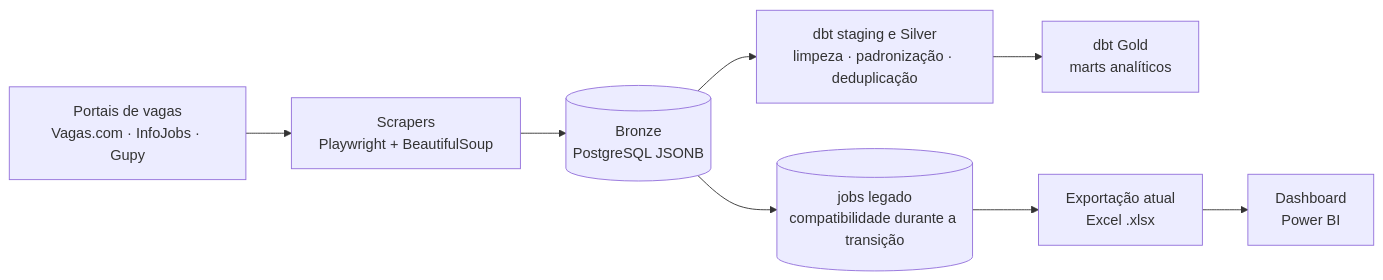
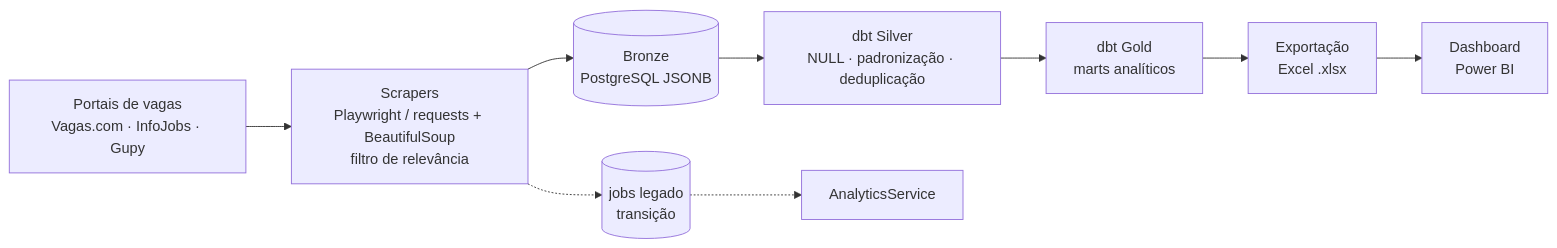
The first of 2 diagrams in README.md (Willian-Cruz/hub_vagas), drawn with Mermaid before and after one commit. The commit also changed other lines of this file, not shown here.

````diff
--- a/README.md
+++ b/README.md
@@ -18,10 +19,11 @@
 ```mermaid
 flowchart LR
-    A[Portais de vagas<br/>Vagas.com · InfoJobs · Gupy] --> B[Scrapers<br/>Playwright + BeautifulSoup]
+    A[Portais de vagas<br/>Vagas.com · InfoJobs · Gupy] --> B[Scrapers<br/>Playwright / requests + BeautifulSoup<br/>filtro de relevância]
     B --> C[(Bronze<br/>PostgreSQL JSONB)]
-    C --> D[dbt staging e Silver<br/>limpeza · padronização · deduplicação]
+    C --> D[dbt Silver<br/>NULL · padronização · deduplicação]
     D --> E[dbt Gold<br/>marts analíticos]
-    C --> L[(jobs legado<br/>compatibilidade durante a transição)]
-    L --> F[Exportação atual<br/>Excel .xlsx]
+    E --> F[Exportação<br/>Excel .xlsx]
     F --> G[Dashboard<br/>Power BI]
+    B -.-> L[(jobs legado<br/>transição)]
+    L -.-> H[AnalyticsService]
 ```
````
